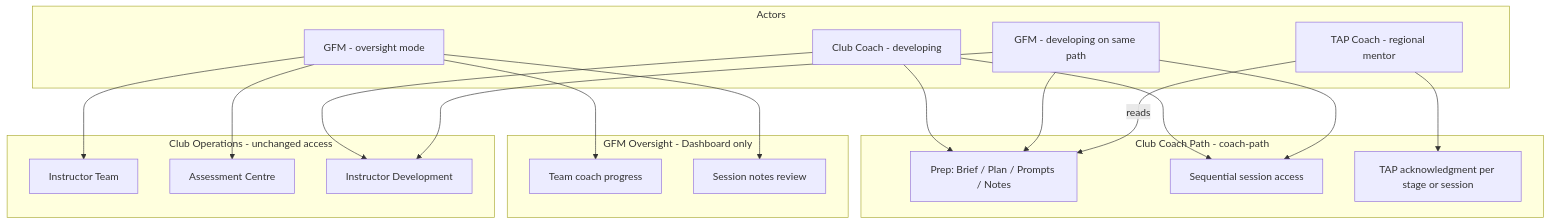
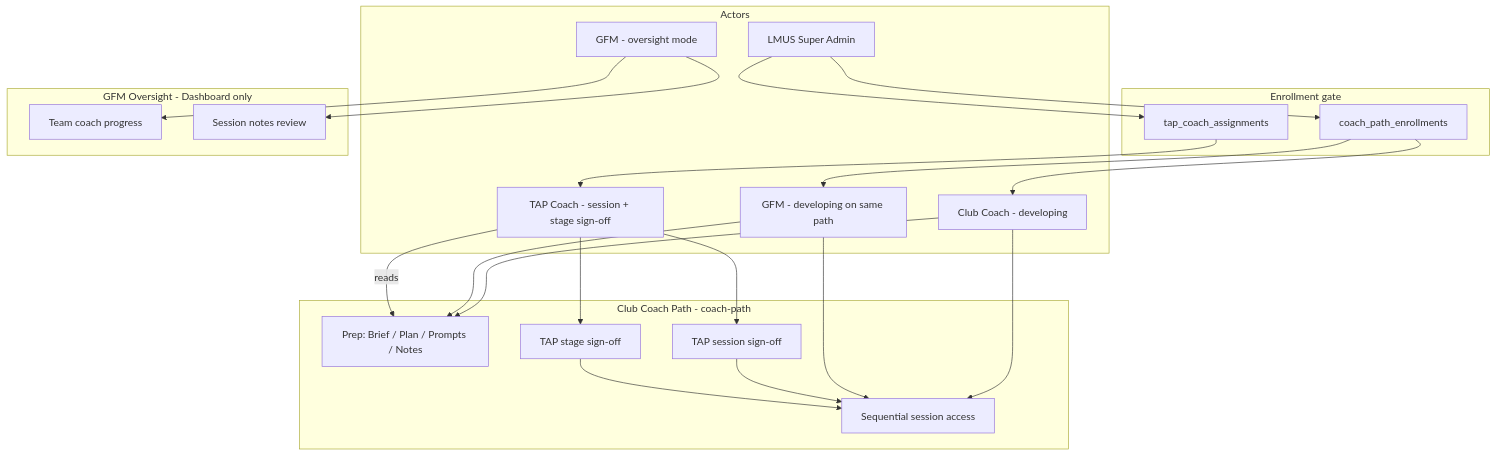
Before and after one commit to amystyles/lm-club-coach: the second of 2 diagrams in docs/superpowers/plans/2026-06-17-club-coach-tap-pathway-access-assessment.md, drawn with Mermaid. The commit also changed other lines of this file, not shown here.

Commit message:
docs: LMUS enrollment gate and TAP per-session/stage sign-off

````diff
--- a/docs/superpowers/plans/2026-06-17-club-coach-tap-pathway-access-assessment.md
+++ b/docs/superpowers/plans/2026-06-17-club-coach-tap-pathway-access-assessment.md
@@ -155,39 +156,44 @@
 ```mermaid
 flowchart TB
   subgraph actors [Actors]
+    LMUS[LMUS Super Admin]
     CC[Club Coach - developing]
     GFM_DEV[GFM - developing on same path]
     GFM_OV[GFM - oversight mode]
-    TAP[TAP Coach - regional mentor]
+    TAP[TAP Coach - session + stage sign-off]
+  end
+
+  subgraph enrollment [Enrollment gate]
+    ENR[coach_path_enrollments]
+    ASSIGN[tap_coach_assignments]
   end
 
   subgraph coachpath [Club Coach Path - coach-path]
     PREP[Prep: Brief / Plan / Prompts / Notes]
     LOCK[Sequential session access]
-    ACK[TAP acknowledgment per stage or session]
+    SESS_ACK[TAP session sign-off]
+    STAGE_ACK[TAP stage sign-off]
   end
 
   subgraph oversight [GFM Oversight - Dashboard only]
     TEAM_PROG[Team coach progress]
     TEAM_NOTES[Session notes review]
   end
 
-  subgraph clubops [Club Operations - unchanged access]
-    ROSTER[Instructor Team]
-    ASSESS[Assessment Centre]
-    DEVPATH[Instructor Development]
-  end
-
+  LMUS --> ENR
+  LMUS --> ASSIGN
+  ENR --> CC
+  ENR --> GFM_DEV
+  ASSIGN --> TAP
   CC --> PREP
   GFM_DEV --> PREP
   CC --> LOCK
   GFM_DEV --> LOCK
-  TAP --> ACK
+  TAP --> SESS_ACK
+  TAP --> STAGE_ACK
+  SESS_ACK --> LOCK
+  STAGE_ACK --> LOCK
   TAP -->|reads| PREP
   GFM_OV --> TEAM_PROG
   GFM_OV --> TEAM_NOTES
-  GFM_OV --> ROSTER
-  GFM_OV --> ASSESS
-  CC --> DEVPATH
-  GFM_DEV --> DEVPATH
 ```
````
